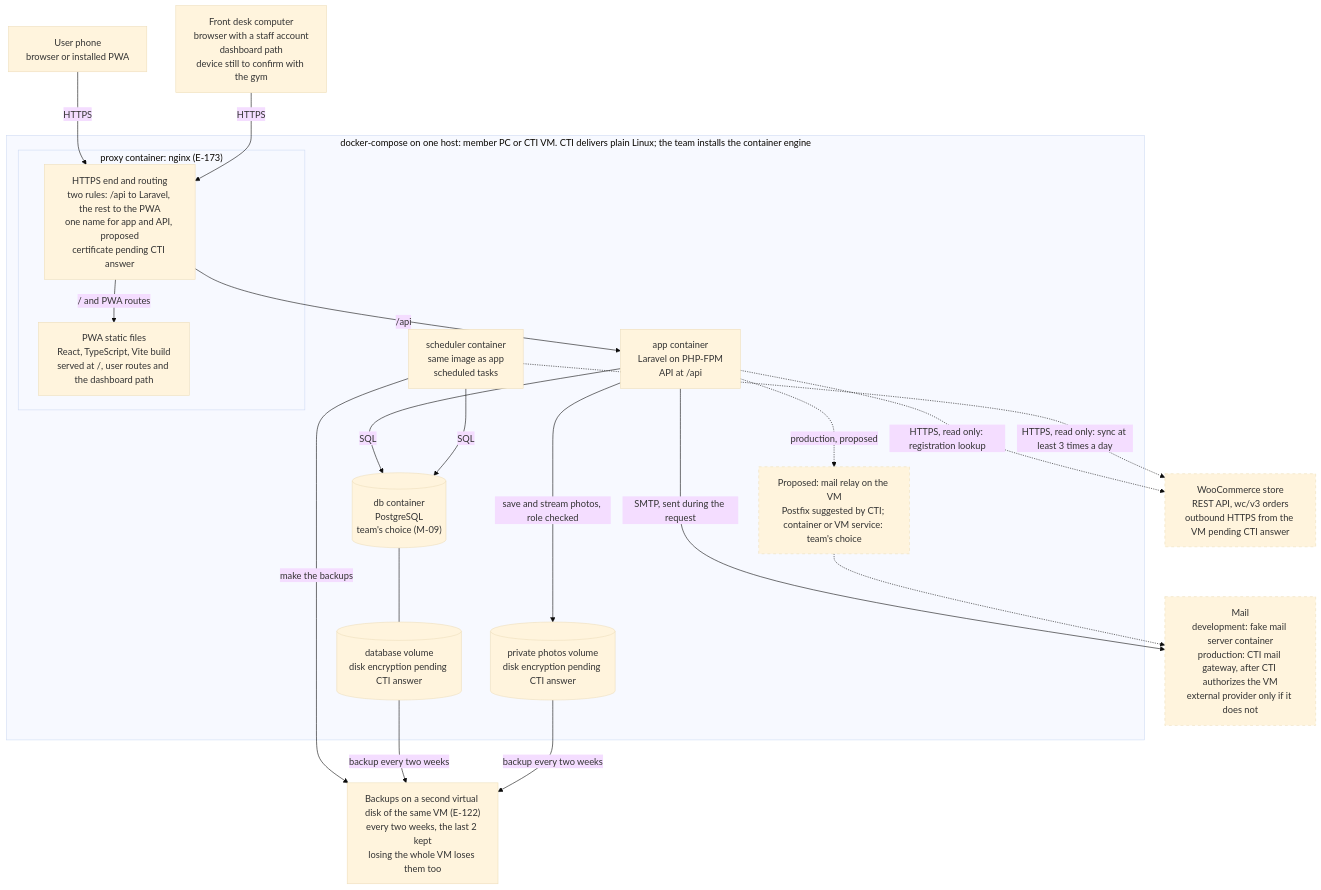
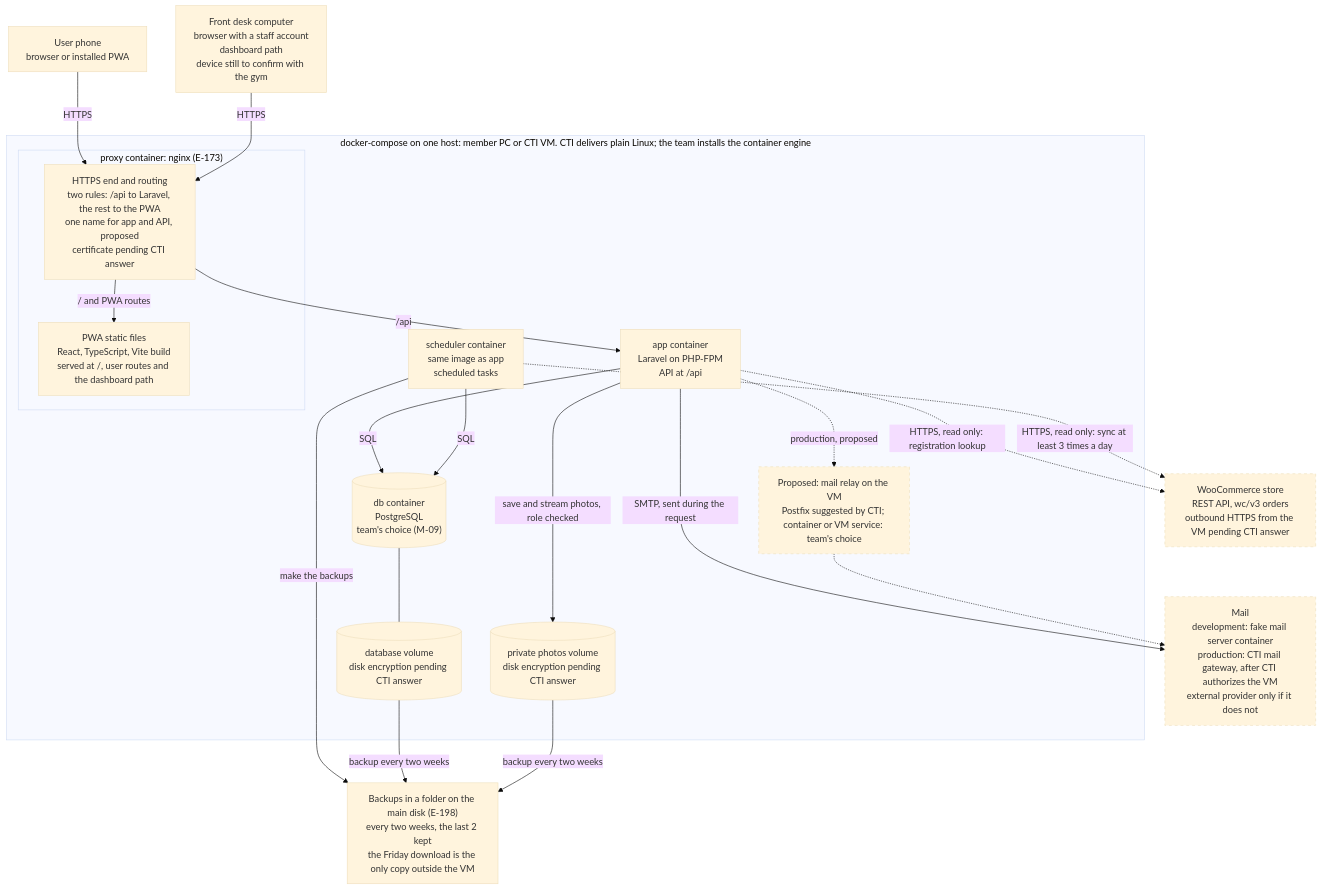
One commit to Th3-Minorities/natatorio-gym-app changed the second of 5 diagrams in docs/design/architecture.md. Above: the diagram before and after it, drawn with Mermaid (base theme). The commit also changed other lines of this file and 7 other files, not shown here.

````diff
--- a/docs/design/architecture.md
+++ b/docs/design/architecture.md
@@ -71,42 +71,42 @@
 ```mermaid
 flowchart TD
   PH["User phone<br/>browser or installed PWA"]
   FD["Front desk computer<br/>browser with a staff account<br/>dashboard path<br/>device still to confirm with the gym"]
 
   subgraph HOST["docker-compose on one host: member PC or CTI VM. CTI delivers plain Linux; the team installs the container engine"]
     subgraph PXC["proxy container: nginx (E-173)"]
       PX["HTTPS end and routing<br/>two rules: /api to Laravel, the rest to the PWA<br/>one name for app and API, proposed<br/>certificate pending CTI answer"]
       ST["PWA static files<br/>React, TypeScript, Vite build<br/>served at /, user routes and the dashboard path"]
     end
     APP["app container<br/>Laravel on PHP-FPM<br/>API at /api"]
     SCH["scheduler container<br/>same image as app<br/>scheduled tasks"]
     RELAY["Proposed: mail relay on the VM<br/>Postfix suggested by CTI; container or VM service: team's choice"]
     DB[("db container<br/>PostgreSQL<br/>team's choice (M-09)")]
     DV[("database volume<br/>disk encryption pending CTI answer")]
     PV[("private photos volume<br/>disk encryption pending CTI answer")]
   end
 
   STORE["WooCommerce store<br/>REST API, wc/v3 orders<br/>outbound HTTPS from the VM pending CTI answer"]
   MAIL["Mail<br/>development: fake mail server container<br/>production: CTI mail gateway, after CTI authorizes the VM<br/>external provider only if it does not"]
-  BK["Backups on a second virtual disk of the same VM (E-122)<br/>every two weeks, the last 2 kept<br/>losing the whole VM loses them too"]
+  BK["Backups in a folder on the main disk (E-198)<br/>every two weeks, the last 2 kept<br/>the Friday download is the only copy outside the VM"]
 
   PH -->|"HTTPS"| PX
   FD -->|"HTTPS"| PX
   PX -->|"/ and PWA routes"| ST
   PX -->|"/api"| APP
   APP -->|"SQL"| DB
   DB --- DV
   APP -->|"save and stream photos, role checked"| PV
   SCH -->|"SQL"| DB
   SCH -->|"make the backups"| BK
   APP -->|"SMTP, sent during the request"| MAIL
   APP -.->|"HTTPS, read only: registration lookup"| STORE
   SCH -.->|"HTTPS, read only: sync at least 3 times a day"| STORE
   APP -.->|"production, proposed"| RELAY
   RELAY -.-> MAIL
   DV -->|"backup every two weeks"| BK
   PV -->|"backup every two weeks"| BK
 
   classDef pending stroke-dasharray: 5 5
   class MAIL,RELAY,STORE pending
 ```
````
